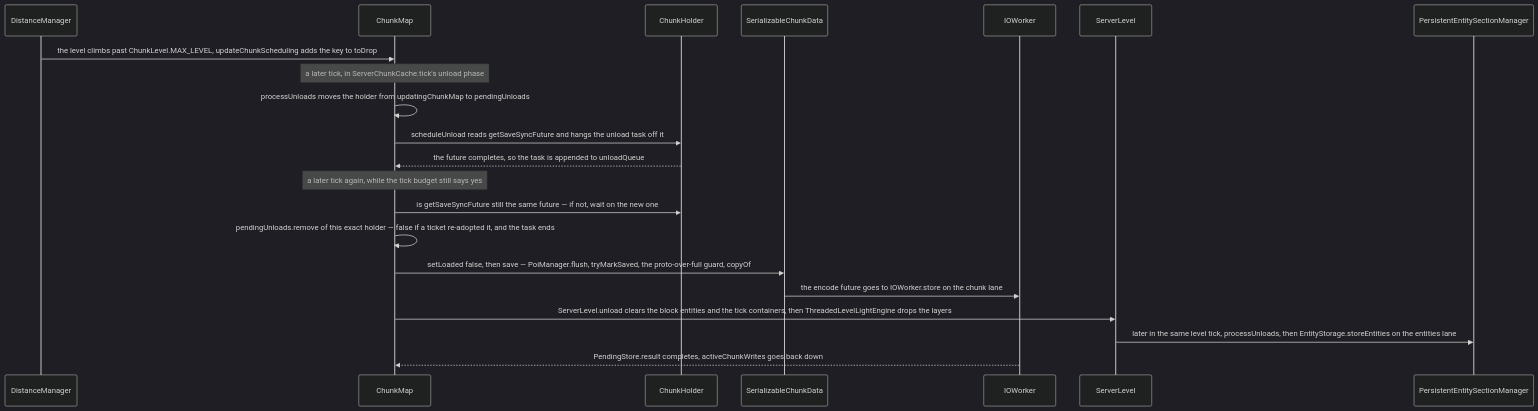
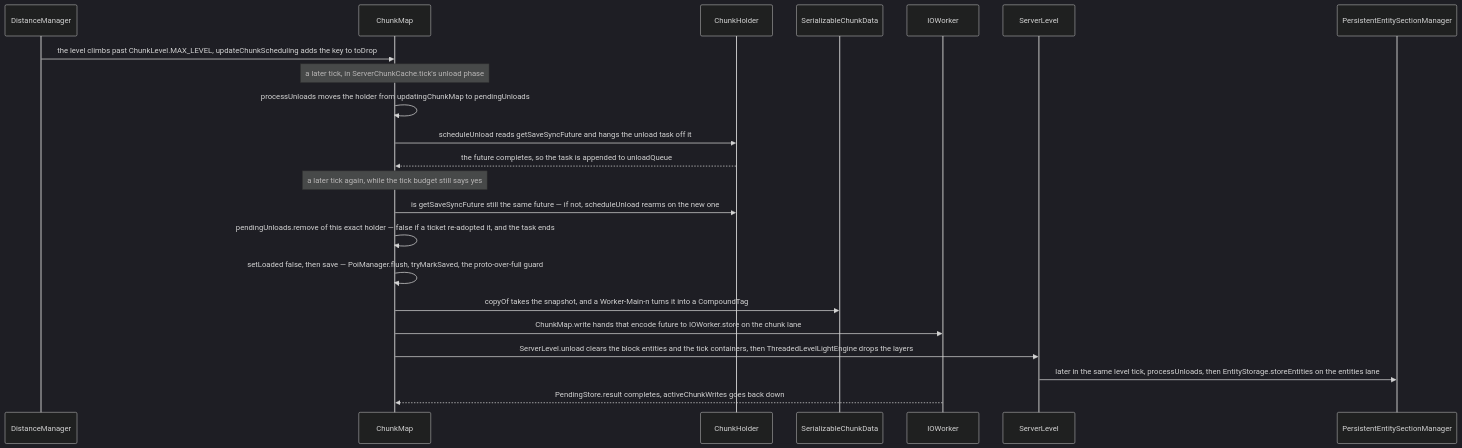
The second of 3 diagrams in src/systems/world/chunk-storage.md (AlexanderjFraser/MinecraftDocs), drawn with Mermaid (dark theme) before and after one commit. The commit also changed other lines of this file and 13 other files, not shown here.

````diff
--- a/src/systems/world/chunk-storage.md
+++ b/src/systems/world/chunk-storage.md
@@ -111,24 +116,25 @@
 ```mermaid
 sequenceDiagram
     participant DM as DistanceManager
     participant CM as ChunkMap
     participant CH as ChunkHolder
     participant SCD as SerializableChunkData
     participant IOW as IOWorker
     participant SL as ServerLevel
     participant PESM as PersistentEntitySectionManager
 
     DM->>CM: the level climbs past ChunkLevel.MAX_LEVEL, updateChunkScheduling adds the key to toDrop
     Note over CM: a later tick, in ServerChunkCache.tick's unload phase
     CM->>CM: processUnloads moves the holder from updatingChunkMap to pendingUnloads
     CM->>CH: scheduleUnload reads getSaveSyncFuture and hangs the unload task off it
     CH-->>CM: the future completes, so the task is appended to unloadQueue
     Note over CM: a later tick again, while the tick budget still says yes
-    CM->>CH: is getSaveSyncFuture still the same future — if not, wait on the new one
+    CM->>CH: is getSaveSyncFuture still the same future — if not, scheduleUnload rearms on the new one
     CM->>CM: pendingUnloads.remove of this exact holder — false if a ticket re-adopted it, and the task ends
-    CM->>SCD: setLoaded false, then save — PoiManager.flush, tryMarkSaved, the proto-over-full guard, copyOf
-    SCD->>IOW: the encode future goes to IOWorker.store on the chunk lane
+    CM->>CM: setLoaded false, then save — PoiManager.flush, tryMarkSaved, the proto-over-full guard
+    CM->>SCD: copyOf takes the snapshot, and a Worker-Main-n turns it into a CompoundTag
+    CM->>IOW: ChunkMap.write hands that encode future to IOWorker.store on the chunk lane
     CM->>SL: ServerLevel.unload clears the block entities and the tick containers, then ThreadedLevelLightEngine drops the layers
     SL->>PESM: later in the same level tick, processUnloads, then EntityStorage.storeEntities on the entities lane
     IOW-->>CM: PendingStore.result completes, activeChunkWrites goes back down
 ```
````
